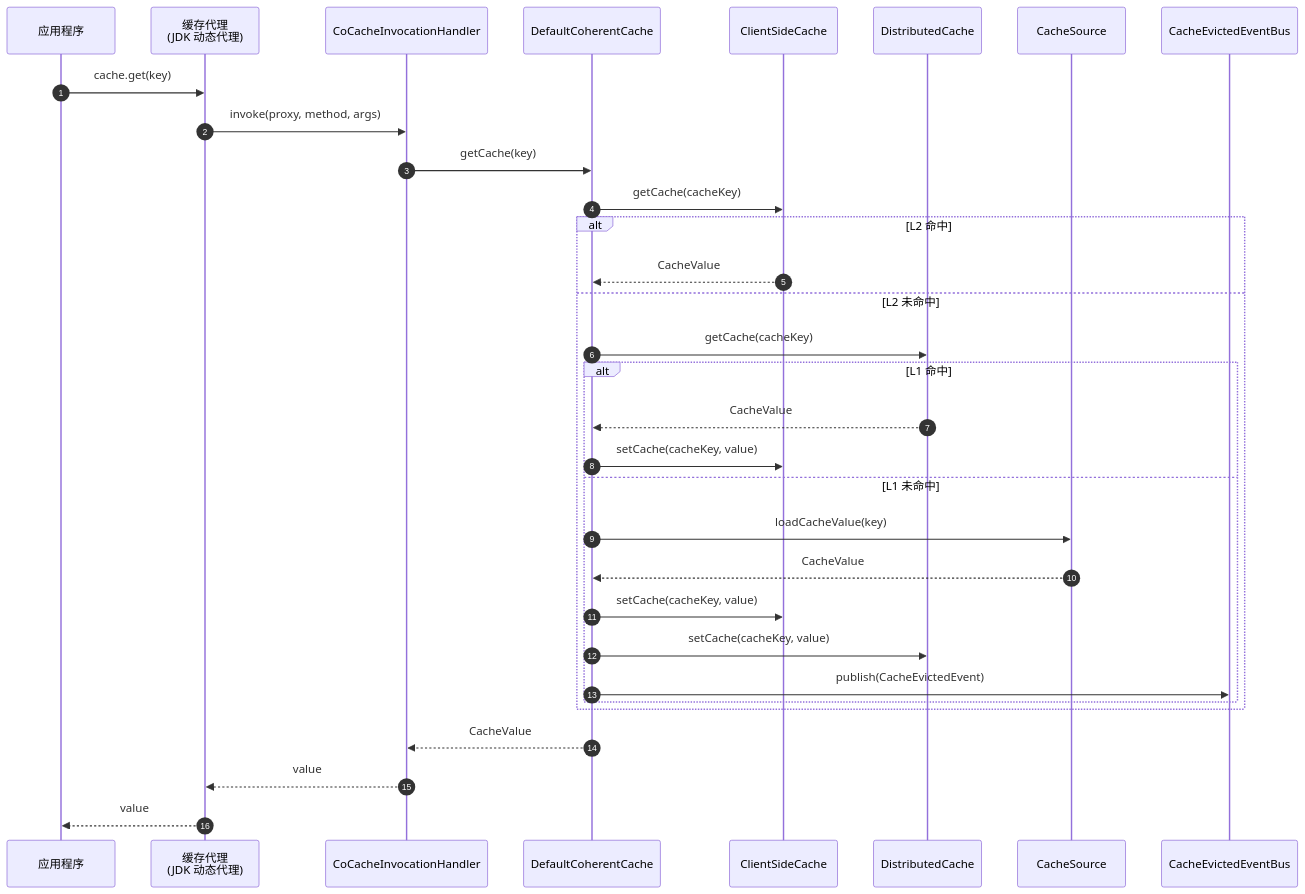
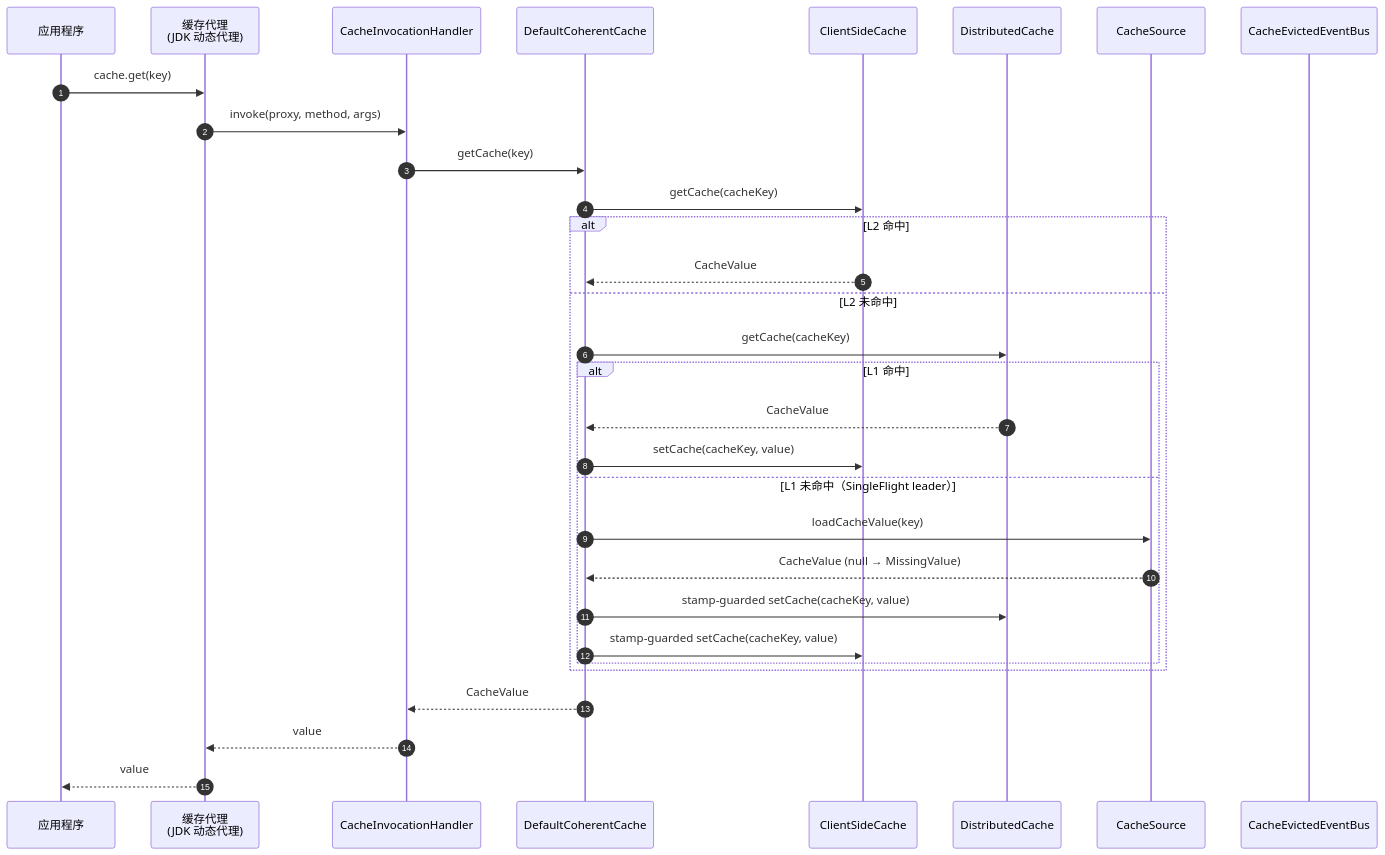
One commit to Ahoo-Wang/CoCache changed the third of 5 diagrams in wiki/zh/api/index.md. Above: the diagram before and after it, drawn with Mermaid. The commit also changed other lines of this file and 256 other files, not shown here.

````diff
--- a/wiki/zh/api/index.md
+++ b/wiki/zh/api/index.md
@@ -167,35 +158,34 @@
 ```mermaid
 sequenceDiagram
 autonumber
     participant App as 应用程序
     participant Proxy as 缓存代理<br>(JDK 动态代理)
-    participant Handler as CoCacheInvocationHandler
+    participant Handler as CacheInvocationHandler
     participant Coherent as DefaultCoherentCache
     participant L2 as ClientSideCache
     participant L1 as DistributedCache
     participant L0 as CacheSource
     participant Bus as CacheEvictedEventBus
 
     App->>Proxy: cache.get(key)
     Proxy->>Handler: invoke(proxy, method, args)
     Handler->>Coherent: getCache(key)
     Coherent->>L2: getCache(cacheKey)
     alt L2 命中
         L2-->>Coherent: CacheValue
     else L2 未命中
         Coherent->>L1: getCache(cacheKey)
         alt L1 命中
             L1-->>Coherent: CacheValue
             Coherent->>L2: setCache(cacheKey, value)
-        else L1 未命中
+        else L1 未命中（SingleFlight leader）
             Coherent->>L0: loadCacheValue(key)
-            L0-->>Coherent: CacheValue
-            Coherent->>L2: setCache(cacheKey, value)
-            Coherent->>L1: setCache(cacheKey, value)
-            Coherent->>Bus: publish(CacheEvictedEvent)
+            L0-->>Coherent: CacheValue (null → MissingValue)
+            Coherent->>L1: stamp-guarded setCache(cacheKey, value)
+            Coherent->>L2: stamp-guarded setCache(cacheKey, value)
         end
     end
     Coherent-->>Handler: CacheValue
     Handler-->>Proxy: value
     Proxy-->>App: value
 ```
````
